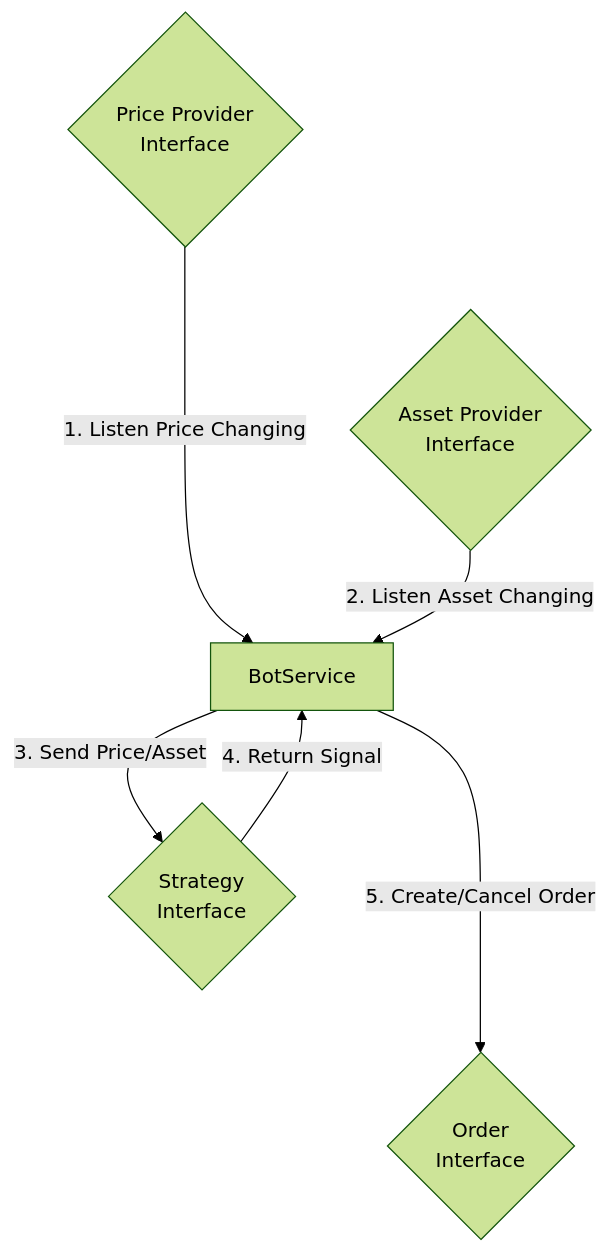
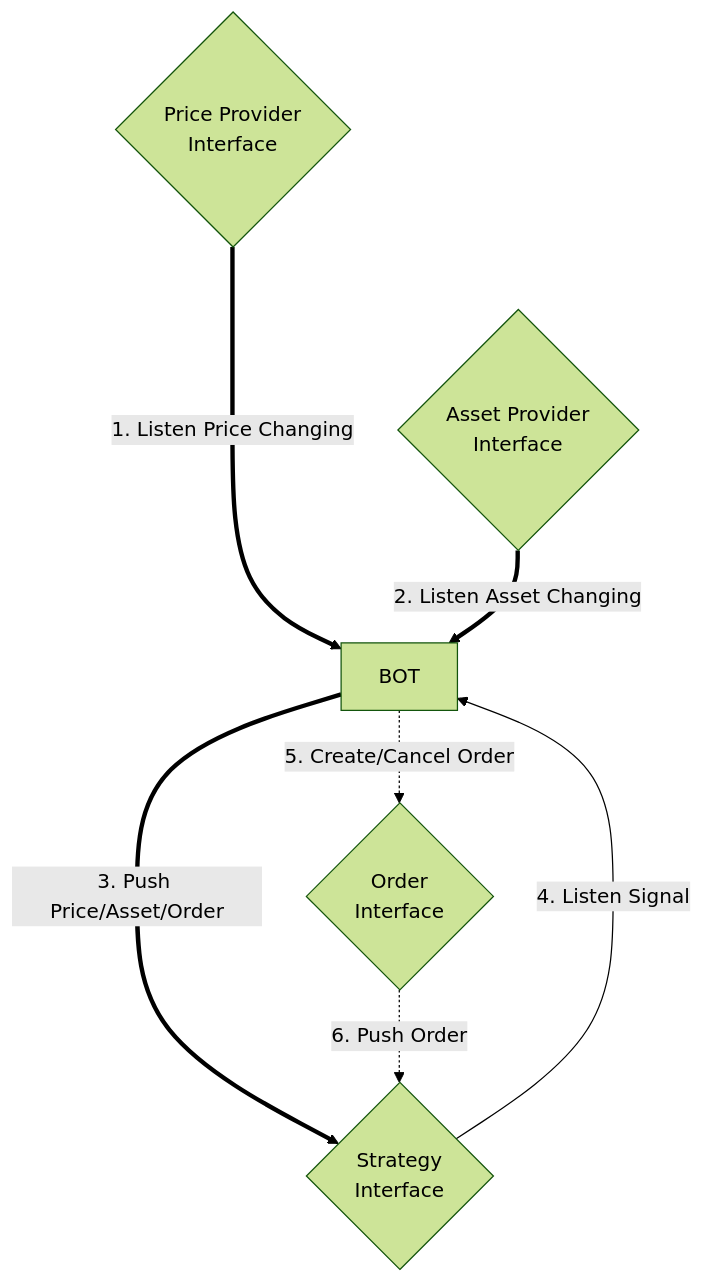
The diagram in README.md (yanun0323/treasure_bowl), drawn with Mermaid (forest theme) before and after one commit.

Commit message:
udpate readme

````diff
--- a/README.md
+++ b/README.md
@@ -9,13 +9,14 @@
 ```mermaid
 graph TD
     PriceProvider{"Price Provider\nInterface"}
     AssetProvider{"Asset Provider\nInterface"}
     Strategy{Strategy\nInterface}
     Order{Order\nInterface}
 
-    PriceProvider --->|1. Listen Price Changing| BotService
-    AssetProvider -->|2. Listen Asset Changing| BotService
-    BotService -->|3. Send Price/Asset| Strategy 
-    Strategy -->|4. Return Signal| BotService
-    BotService --->|5. Create/Cancel Order| Order
+    PriceProvider ===>|1. Listen Price Changing| BOT
+    AssetProvider ==>|2. Listen Asset Changing| BOT
+    BOT ==>|3. Push Price/Asset/Order| Strategy 
+    Strategy -->|4. Listen Signal| BOT
+    BOT -.->|5. Create/Cancel Order| Order
+    Order -.->|6. Push Order| Strategy
 ```
````
